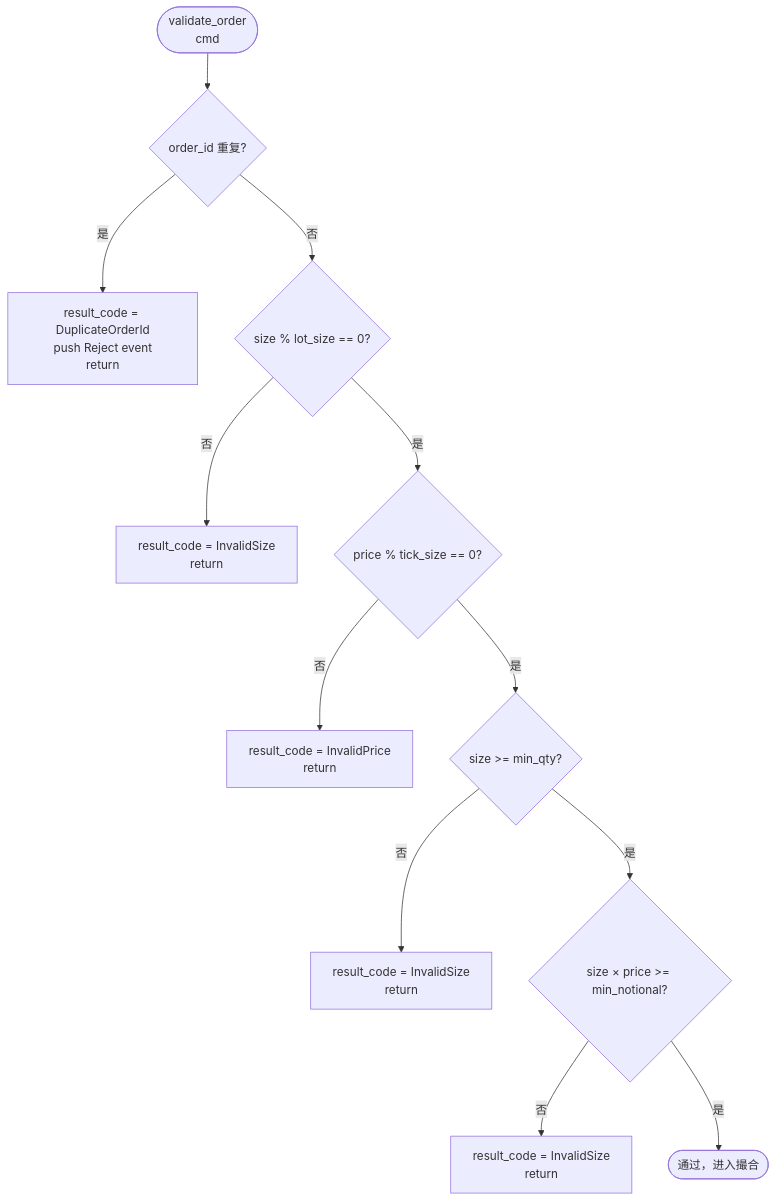
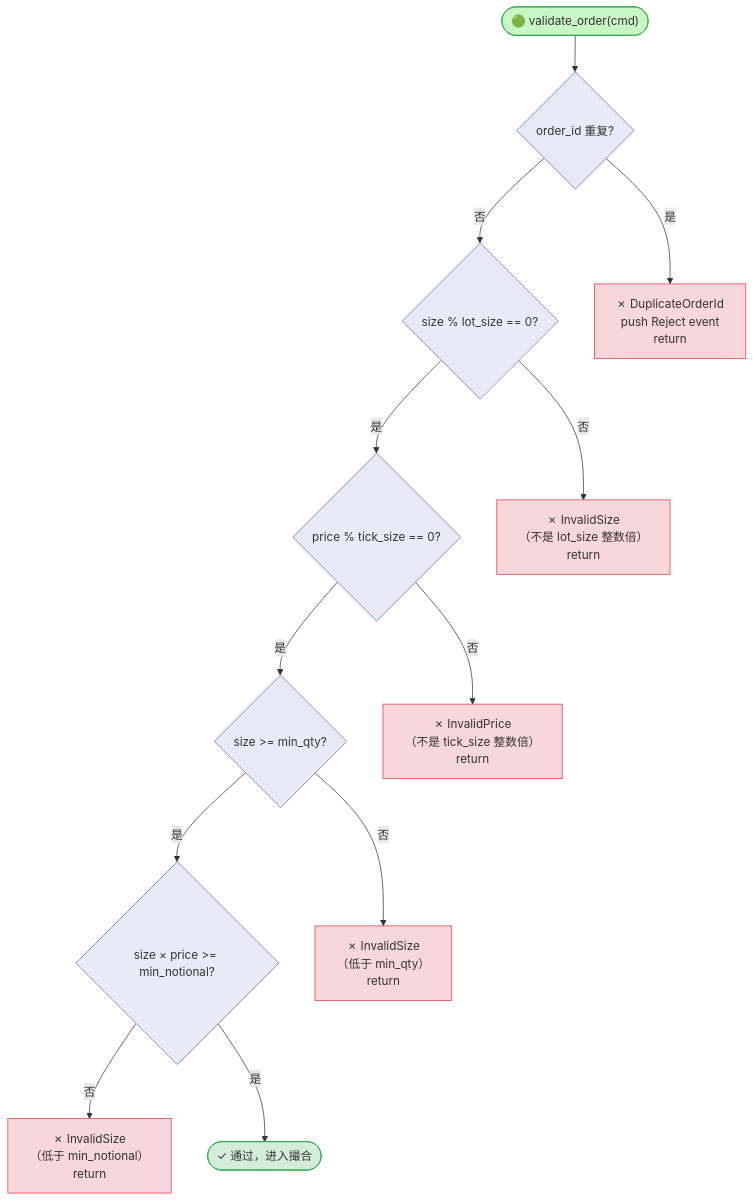
Before and after one commit to ethanLiu-ps/me-rs: the fourth of 8 diagrams in doc/orderbook_impl_guide.md, drawn with Mermaid. The commit also changed other lines of this file and 4 other files, not shown here.

````diff
--- a/doc/orderbook_impl_guide.md
+++ b/doc/orderbook_impl_guide.md
@@ -100,14 +143,41 @@
 ```mermaid
 flowchart TD
-    A([validate_order\ncmd]) --> B{order_id 重复?}
-    B -->|是| Z1[result_code = DuplicateOrderId\npush Reject event\nreturn]
-    B -->|否| C{size % lot_size == 0?}
-    C -->|否| Z2[result_code = InvalidSize\nreturn]
-    C -->|是| D{price % tick_size == 0?}
-    D -->|否| Z3[result_code = InvalidPrice\nreturn]
-    D -->|是| E{size >= min_qty?}
-    E -->|否| Z4[result_code = InvalidSize\nreturn]
-    E -->|是| F{size × price >= min_notional?}
-    F -->|否| Z5[result_code = InvalidSize\nreturn]
-    F -->|是| G([通过，进入撮合])
+    A(["🟢 validate_order(cmd)"])
+    B{"order_id 重复?"}
+    C{"size % lot_size == 0?"}
+    D{"price % tick_size == 0?"}
+    E{"size >= min_qty?"}
+    F{"size × price >= min_notional?"}
+    G(["✓ 通过，进入撮合"])
+
+    Z1["✗ DuplicateOrderId\npush Reject event\nreturn"]
+    Z2["✗ InvalidSize\n（不是 lot_size 整数倍）\nreturn"]
+    Z3["✗ InvalidPrice\n（不是 tick_size 整数倍）\nreturn"]
+    Z4["✗ InvalidSize\n（低于 min_qty）\nreturn"]
+    Z5["✗ InvalidSize\n（低于 min_notional）\nreturn"]
+
+    A --> B
+    B -->|"是"| Z1
+    B -->|"否"| C
+    C -->|"否"| Z2
+    C -->|"是"| D
+    D -->|"否"| Z3
+    D -->|"是"| E
+    E -->|"否"| Z4
+    E -->|"是"| F
+    F -->|"否"| Z5
+    F -->|"是"| G
+
+    style A fill:#c8f7c5,stroke:#28a745
+    style G fill:#d4edda,stroke:#28a745
+    style B fill:#e8eaf6,stroke:#5c6bc0
+    style C fill:#e8eaf6,stroke:#5c6bc0
+    style D fill:#e8eaf6,stroke:#5c6bc0
+    style E fill:#e8eaf6,stroke:#5c6bc0
+    style F fill:#e8eaf6,stroke:#5c6bc0
+    style Z1 fill:#f8d7da,stroke:#dc3545
+    style Z2 fill:#f8d7da,stroke:#dc3545
+    style Z3 fill:#f8d7da,stroke:#dc3545
+    style Z4 fill:#f8d7da,stroke:#dc3545
+    style Z5 fill:#f8d7da,stroke:#dc3545
 ```
````
